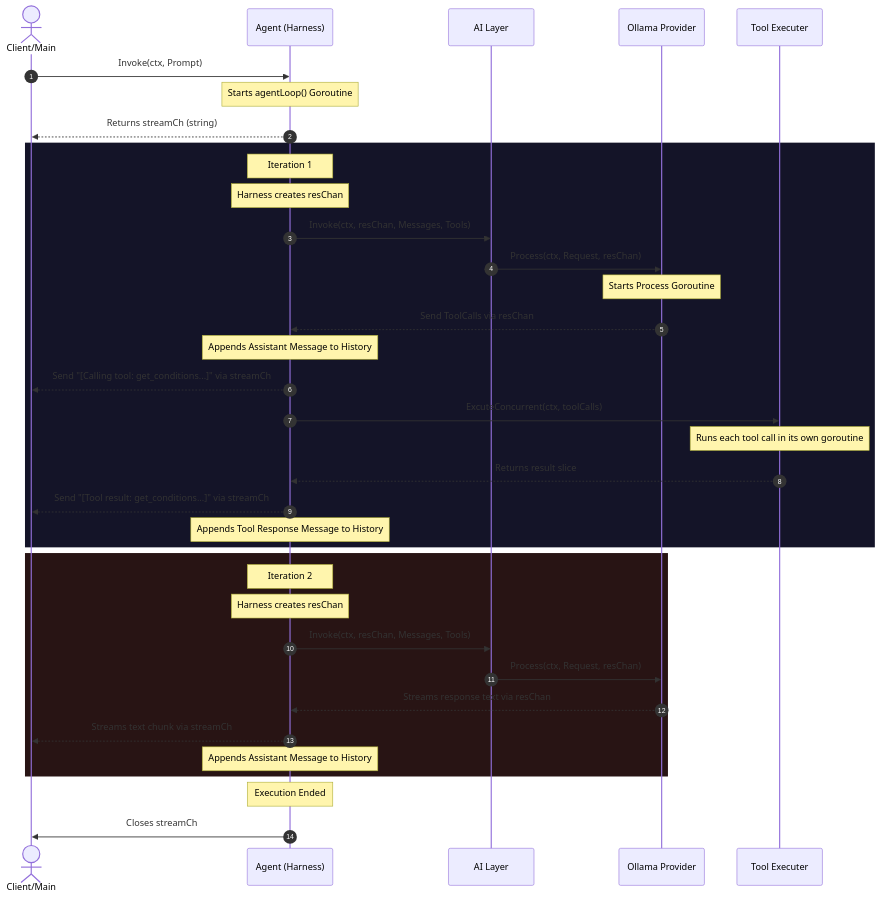
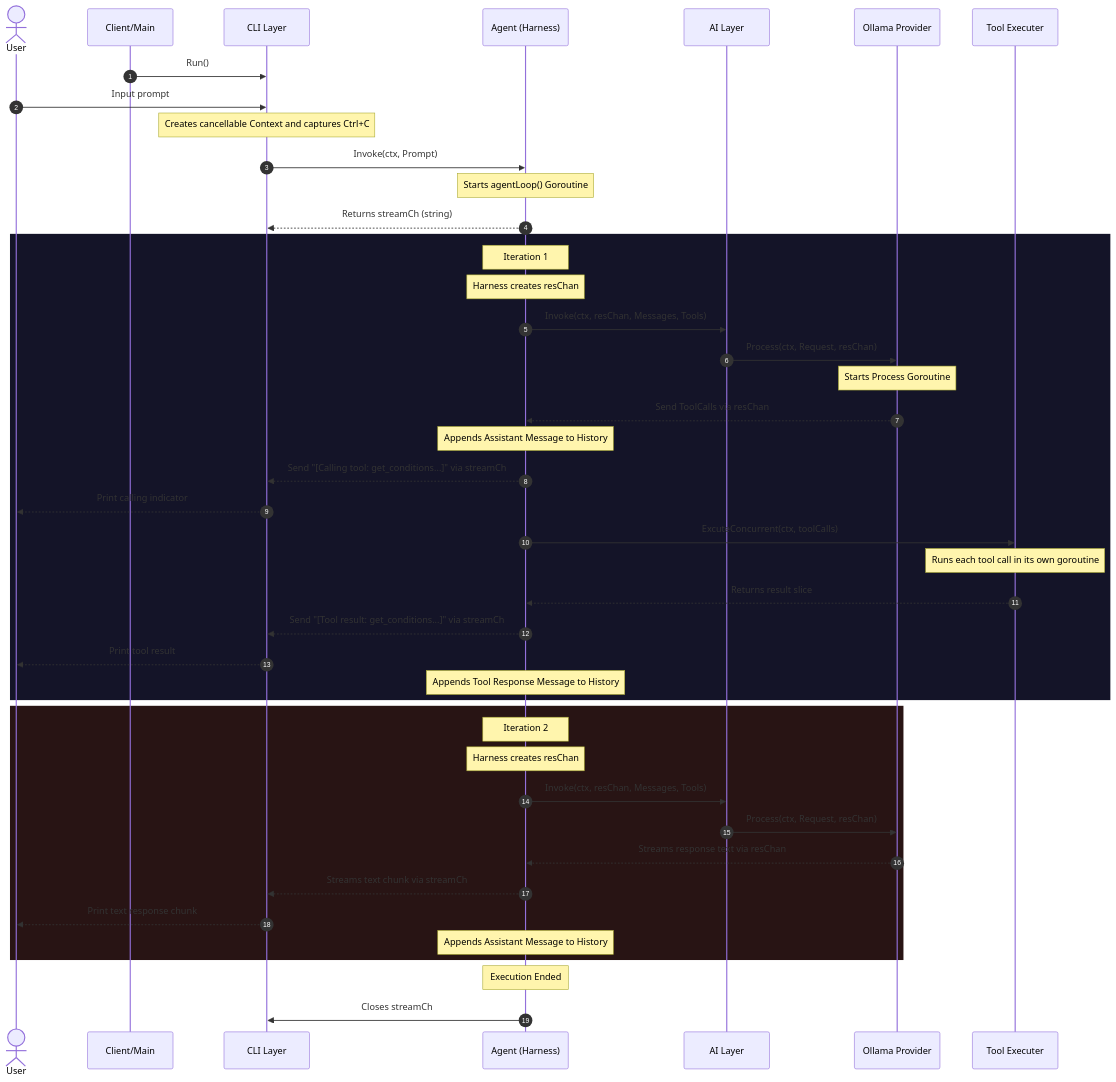
The second of 3 diagrams in flow.md (ashintv/Zeu), drawn with Mermaid before and after one commit. The commit also changed other lines of this file and 4 other files, not shown here.

````diff
--- a/flow.md
+++ b/flow.md
@@ -85,42 +91,50 @@
 ```mermaid
 sequenceDiagram
     autonumber
-    actor Client as Client/Main
+    actor User as User
+    participant Client as Client/Main
+    participant CLI as CLI Layer
     participant Agent as Agent (Harness)
     participant AI as AI Layer
     participant Ollama as Ollama Provider
     participant Executer as Tool Executer
     
-    Client->>Agent: Invoke(ctx, Prompt)
+    Client->>CLI: Run()
+    User->>CLI: Input prompt
+    Note over CLI: Creates cancellable Context and captures Ctrl+C
+    CLI->>Agent: Invoke(ctx, Prompt)
     Note over Agent: Starts agentLoop() Goroutine
-    Agent-->>Client: Returns streamCh (string)
+    Agent-->>CLI: Returns streamCh (string)
     
     rect rgb(20, 20, 40)
         Note over Agent: Iteration 1
         Note over Agent: Harness creates resChan
         Agent->>AI: Invoke(ctx, resChan, Messages, Tools)
         AI->>Ollama: Process(ctx, Request, resChan)
         Note over Ollama: Starts Process Goroutine
         Ollama-->>Agent: Send ToolCalls via resChan
         Note over Agent: Appends Assistant Message to History
-        Agent-->>Client: Send "[Calling tool: get_conditions...]" via streamCh
+        Agent-->>CLI: Send "[Calling tool: get_conditions...]" via streamCh
+        CLI-->>User: Print calling indicator
         Agent->>Executer: ExcuteConcurrent(ctx, toolCalls)
         Note over Executer: Runs each tool call in its own goroutine
         Executer-->>Agent: Returns result slice
-        Agent-->>Client: Send "[Tool result: get_conditions...]" via streamCh
+        Agent-->>CLI: Send "[Tool result: get_conditions...]" via streamCh
+        CLI-->>User: Print tool result
         Note over Agent: Appends Tool Response Message to History
     end
 
     rect rgb(40, 20, 20)
         Note over Agent: Iteration 2
         Note over Agent: Harness creates resChan
         Agent->>AI: Invoke(ctx, resChan, Messages, Tools)
         AI->>Ollama: Process(ctx, Request, resChan)
         Ollama-->>Agent: Streams response text via resChan
-        Agent-->>Client: Streams text chunk via streamCh
+        Agent-->>CLI: Streams text chunk via streamCh
+        CLI-->>User: Print text response chunk
         Note over Agent: Appends Assistant Message to History
     end
     
     Note over Agent: Execution Ended
-    Agent->>Client: Closes streamCh
+    Agent->>CLI: Closes streamCh
 ```
````
